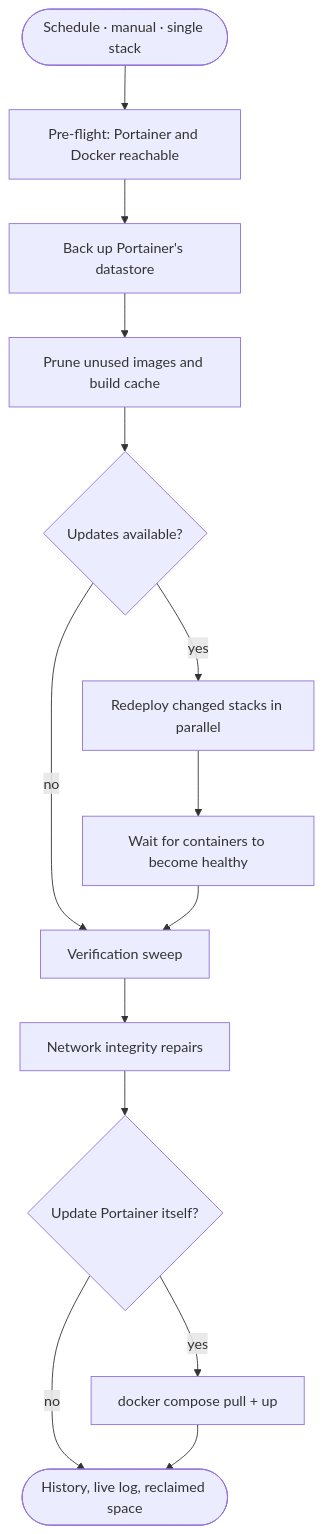
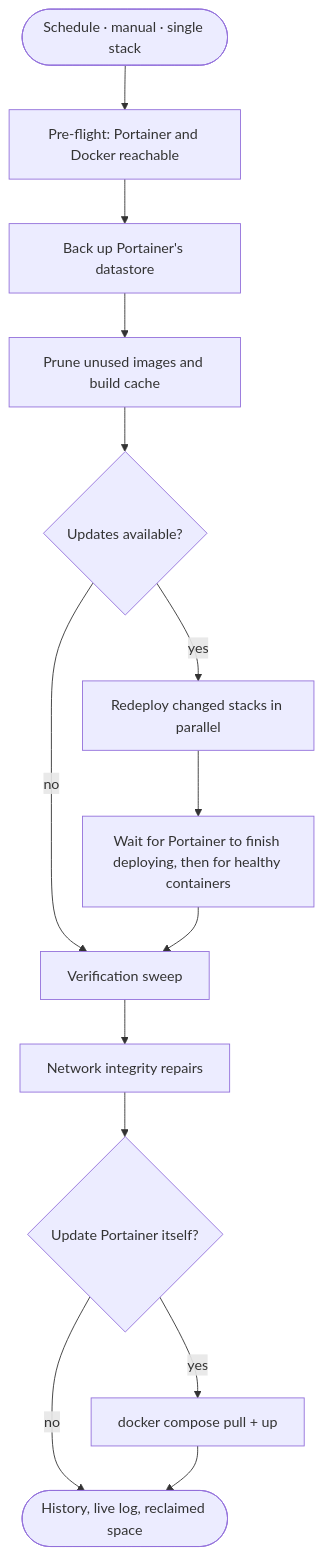
Before and after one commit to joshmadison/Quaykeeper: the diagram in docs/usage.md, drawn with Mermaid. The commit also changed other lines of this file and 5 other files, not shown here.

First line of the commit message:
Wait for Portainer's background deployments (2.41+)

````diff
--- a/docs/usage.md
+++ b/docs/usage.md
@@ -5,16 +5,16 @@
 ```mermaid
 flowchart TD
     A([Schedule · manual · single stack]) --> B[Pre-flight: Portainer and Docker reachable]
     B --> C[Back up Portainer's datastore]
     C --> D[Prune unused images and build cache]
     D --> E{Updates available?}
     E -- yes --> F[Redeploy changed stacks in parallel]
-    F --> G[Wait for containers to become healthy]
+    F --> G[Wait for Portainer to finish deploying, then for healthy containers]
     E -- no --> H
     G --> H[Verification sweep]
     H --> I[Network integrity repairs]
     I --> J{Update Portainer itself?}
     J -- yes --> K[docker compose pull + up]
     J -- no --> L([History, live log, reclaimed space])
     K --> L
 ```
````
